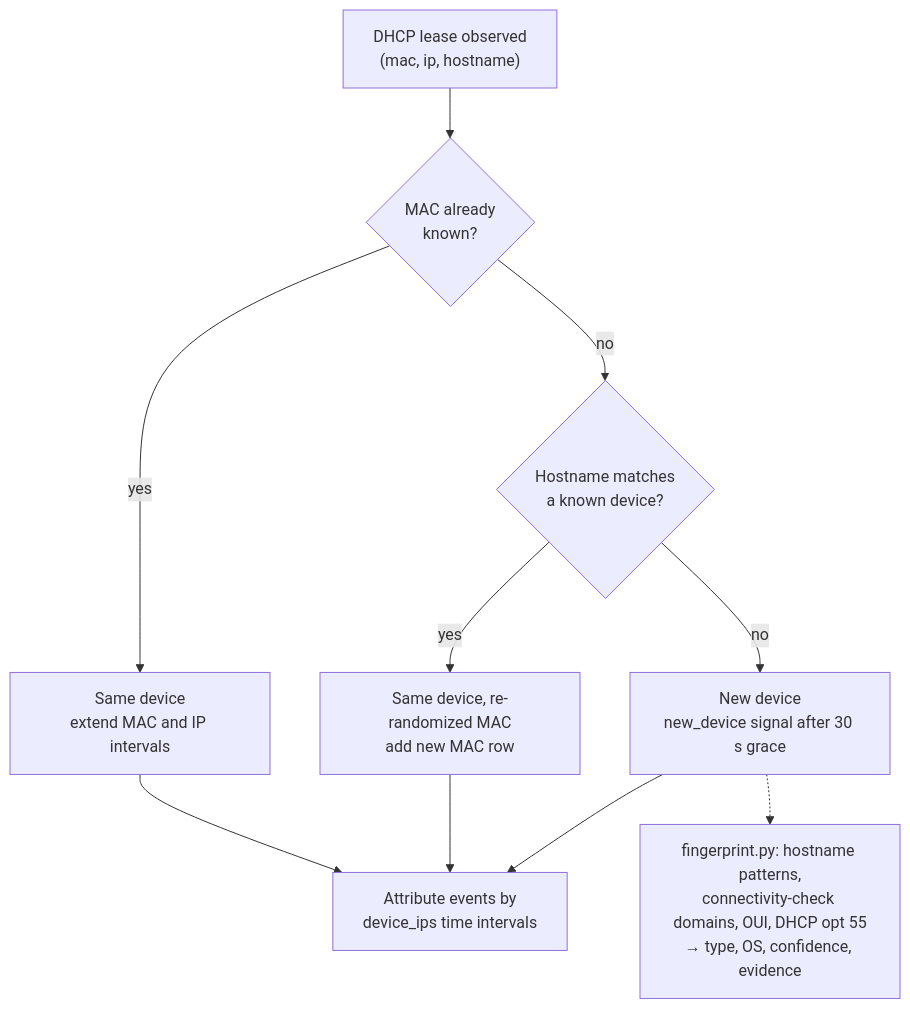
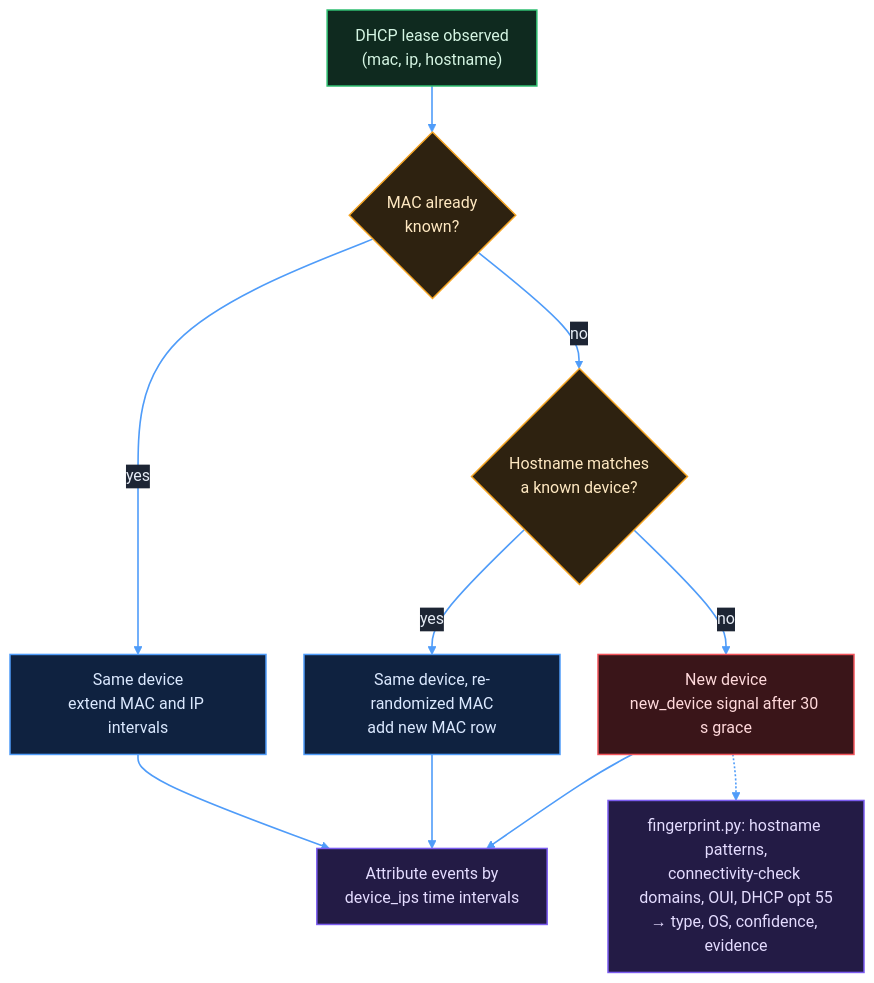
Before and after one commit to MaheshwariKushagra/securepi-gateway: the fifth of 7 diagrams in README.md, drawn with Mermaid. The commit also changed other lines of this file, not shown here.

First line of the commit message:
Colour the README's Mermaid diagrams with the console palette

````diff
--- a/README.md
+++ b/README.md
@@ -314,10 +364,24 @@
 ```mermaid
+%%{init: {'theme':'base','themeVariables':{'primaryColor':'#161d2b','primaryTextColor':'#e6ecf5','primaryBorderColor':'#2e3a50','secondaryColor':'#111722','tertiaryColor':'#0d121b','lineColor':'#4f9cf9','clusterBkg':'#0d121b','clusterBorder':'#2e3a50','titleColor':'#aab6c8','edgeLabelBackground':'#1d2534','textColor':'#8d99ad'},'flowchart':{'curve':'basis','padding':14,'nodeSpacing':38,'rankSpacing':46}}}%%
 flowchart TD
     L["DHCP lease observed<br/>(mac, ip, hostname)"] --> K{"MAC already<br/>known?"}
     K -->|yes| SAME["Same device<br/>extend MAC and IP intervals"]
     K -->|no| H{"Hostname matches<br/>a known device?"}
     H -->|yes| ROT["Same device, re-randomized MAC<br/>add new MAC row"]
     H -->|no| NEW["New device<br/>new_device signal after 30 s grace"]
     SAME & ROT & NEW --> ATTR["Attribute events by<br/>device_ips time intervals"]
     NEW -.-> FP["fingerprint.py: hostname patterns,<br/>connectivity-check domains, OUI, DHCP opt 55<br/>→ type, OS, confidence, evidence"]
+
+    classDef ext fill:#161d2b,stroke:#5a6679,stroke-width:1.5px,color:#e6ecf5
+    classDef sensor fill:#0f2a1f,stroke:#2fbf71,stroke-width:1.5px,color:#d5f5e3
+    classDef pipe fill:#0f2240,stroke:#4f9cf9,stroke-width:1.5px,color:#dbe9ff
+    classDef store fill:#231b45,stroke:#7b5cf0,stroke-width:1.5px,color:#e4dcff
+    classDef detect fill:#2e2210,stroke:#f5a524,stroke-width:1.5px,color:#ffe9c2
+    classDef danger fill:#3a1519,stroke:#f2545b,stroke-width:1.5px,color:#ffd9db
+    class L sensor
+    class K,H detect
+    class SAME,ROT pipe
+    class NEW danger
+    class ATTR,FP store
+    linkStyle default stroke:#4f9cf9,stroke-width:1.6px
 ```
````
